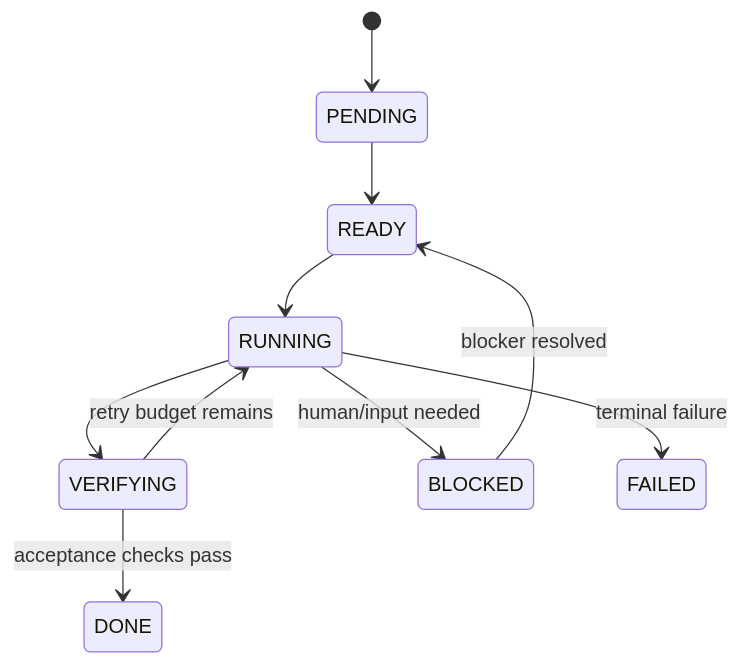
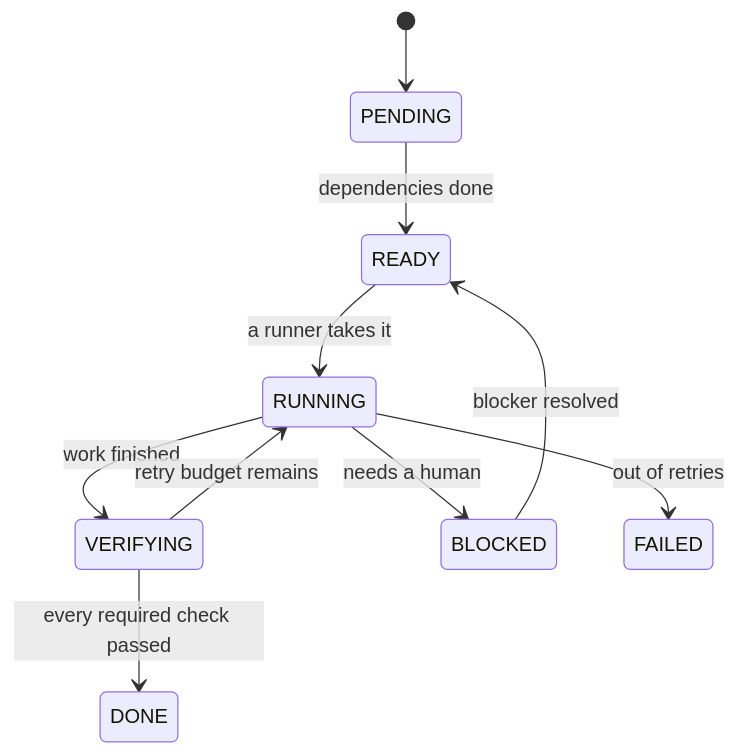
The diagram in README.md (xcrrr/claude-away), drawn with Mermaid before and after one commit. The commit also changed other lines of this file and 39 other files, not shown here.

````diff
--- a/README.md
+++ b/README.md
@@ -87,12 +49,12 @@
 ```mermaid
 stateDiagram-v2
     [*] --> PENDING
-    PENDING --> READY
-    READY --> RUNNING
-    RUNNING --> VERIFYING
-    VERIFYING --> DONE: acceptance checks pass
+    PENDING --> READY: dependencies done
+    READY --> RUNNING: a runner takes it
+    RUNNING --> VERIFYING: work finished
+    VERIFYING --> DONE: every required check passed
     VERIFYING --> RUNNING: retry budget remains
-    RUNNING --> BLOCKED: human/input needed
-    RUNNING --> FAILED: terminal failure
+    RUNNING --> BLOCKED: needs a human
+    RUNNING --> FAILED: out of retries
     BLOCKED --> READY: blocker resolved
 ```
````
